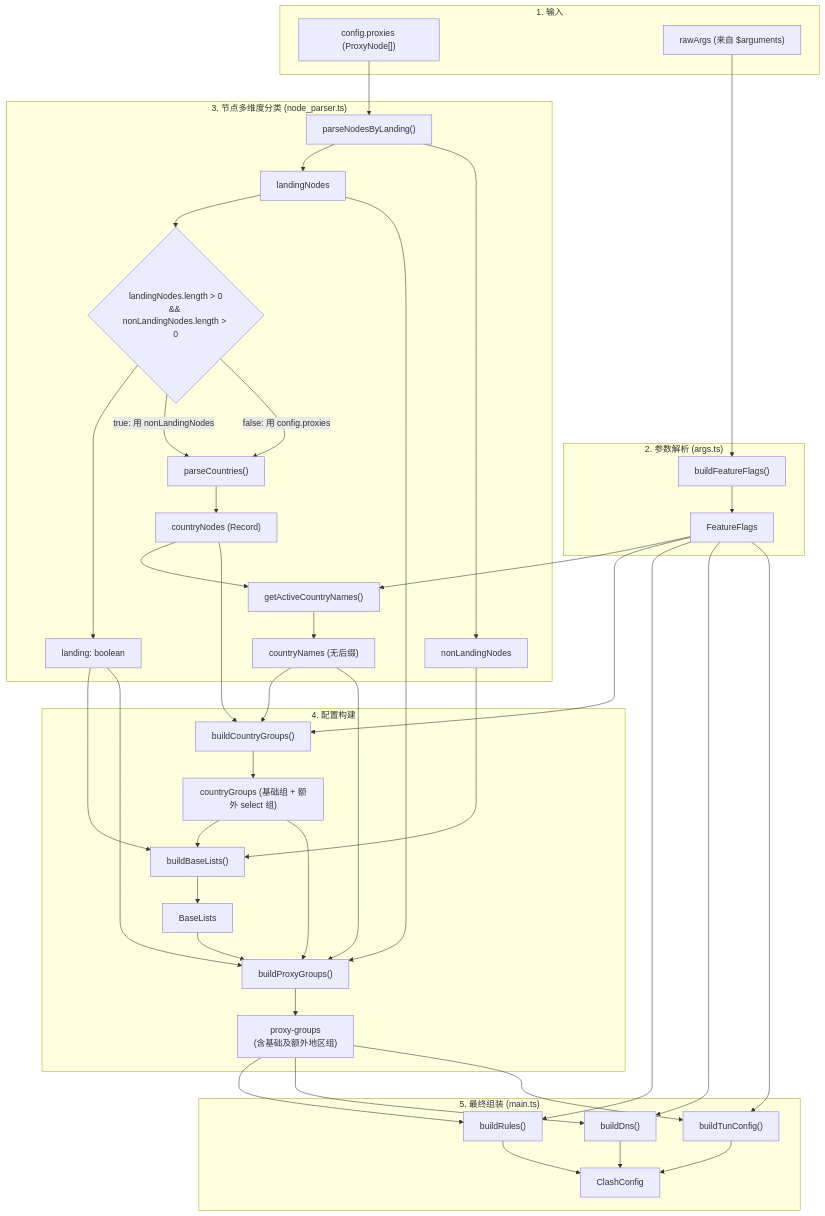
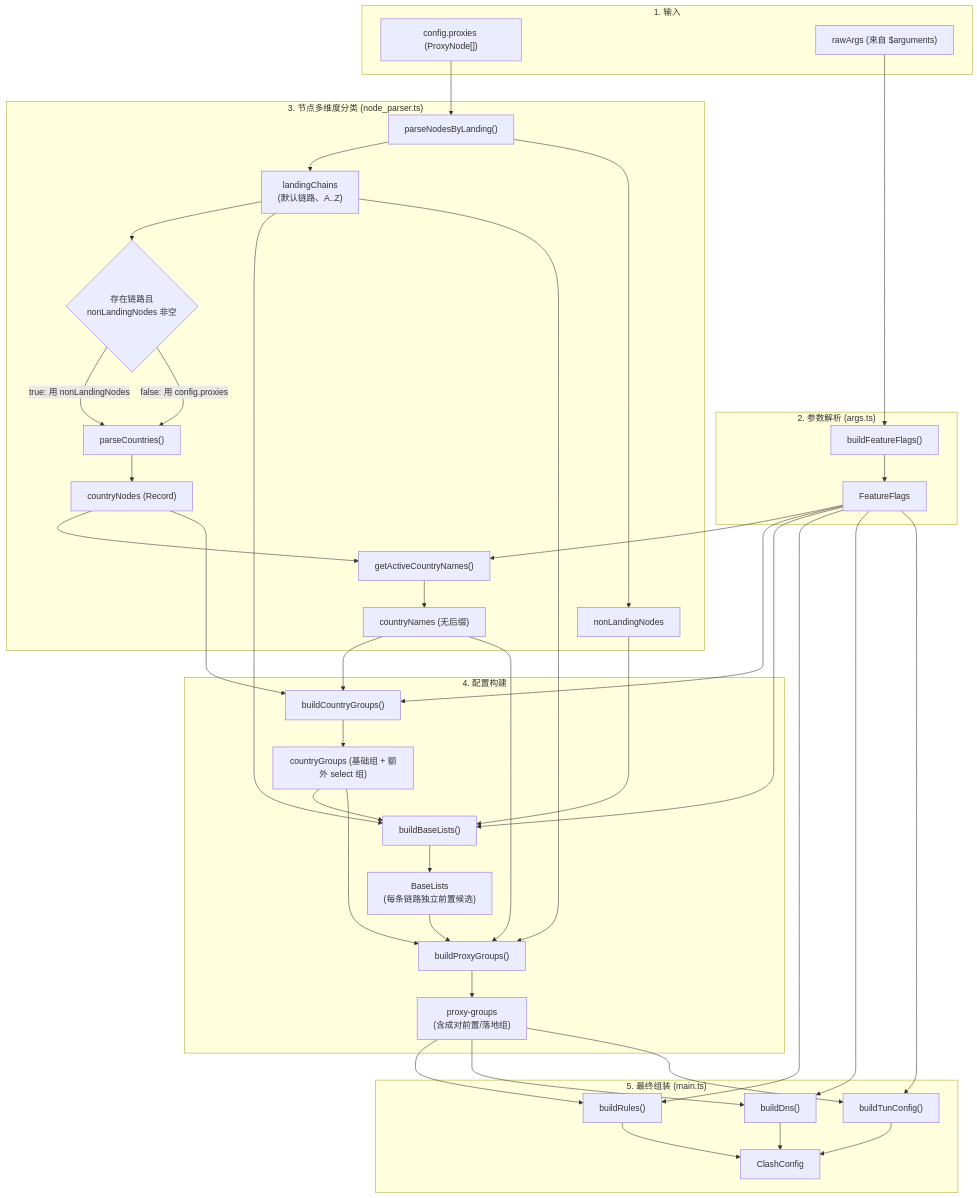
Before and after one commit to Lumintian/override-rules: the diagram in docs/ARCHITECTURE.md, drawn with Mermaid. The commit also changed other lines of this file and 1 other file, not shown here.

````diff
--- a/docs/ARCHITECTURE.md
+++ b/docs/ARCHITECTURE.md
@@ -11,55 +11,54 @@
 ```mermaid
 flowchart TD
     subgraph Input["1. 输入"]
         CP["config.proxies (ProxyNode[])"]
         RA["rawArgs (来自 $arguments)"]
     end
 
     subgraph Args["2. 参数解析 (args.ts)"]
         RA --> BFF["buildFeatureFlags()"]
         BFF --> FF["FeatureFlags"]
     end
 
     subgraph Parser["3. 节点多维度分类 (node_parser.ts)"]
         CP --> PNL["parseNodesByLanding()"]
-        PNL --> LN["landingNodes"]
+        PNL --> LC["landingChains<br/>(默认链路、A..Z)"]
         PNL --> NLN["nonLandingNodes"]
-        LN --> LCHK{"landingNodes.length > 0<br/>&& nonLandingNodes.length > 0"}
-        LCHK --> LAND["landing: boolean"]
+        LC --> LCHK{"存在链路且<br/>nonLandingNodes 非空"}
         LCHK -->|"true: 用 nonLandingNodes"| PC["parseCountries()"]
         LCHK -->|"false: 用 config.proxies"| PC
         PC --> CN["countryNodes (Record)"]
         CN --> GACN["getActiveCountryNames()"]
         GACN --> ACN["countryNames (无后缀)"]
         FF --> GACN
     end
 
     subgraph Builders["4. 配置构建"]
         ACN --> BCG["buildCountryGroups()"]
         CN --> BCG
         FF --> BCG
         BCG --> CG["countryGroups (基础组 + 额外 select 组)"]
         CG --> BBL["buildBaseLists()"]
-        LAND --> BBL
+        LC --> BBL
         NLN --> BBL
-        BBL --> BL["BaseLists"]
+        FF --> BBL
+        BBL --> BL["BaseLists<br/>(每条链路独立前置候选)"]
         BL --> BPG["buildProxyGroups()"]
         ACN --> BPG
         CG --> BPG
-        LAND --> BPG
-        LN --> BPG
-        BPG --> PG["proxy-groups<br/>(含基础及额外地区组)"]
+        LC --> BPG
+        BPG --> PG["proxy-groups<br/>(含成对前置/落地组)"]
     end
 
     subgraph Output["5. 最终组装 (main.ts)"]
         PG --> RULES["buildRules()"]
         PG --> DNS["buildDns()"]
         PG --> TUN["buildTunConfig()"]
         FF --> RULES
         FF --> DNS
         FF --> TUN
         RULES --> FINAL["ClashConfig"]
         DNS --> FINAL
         TUN --> FINAL
     end
 ```
````
